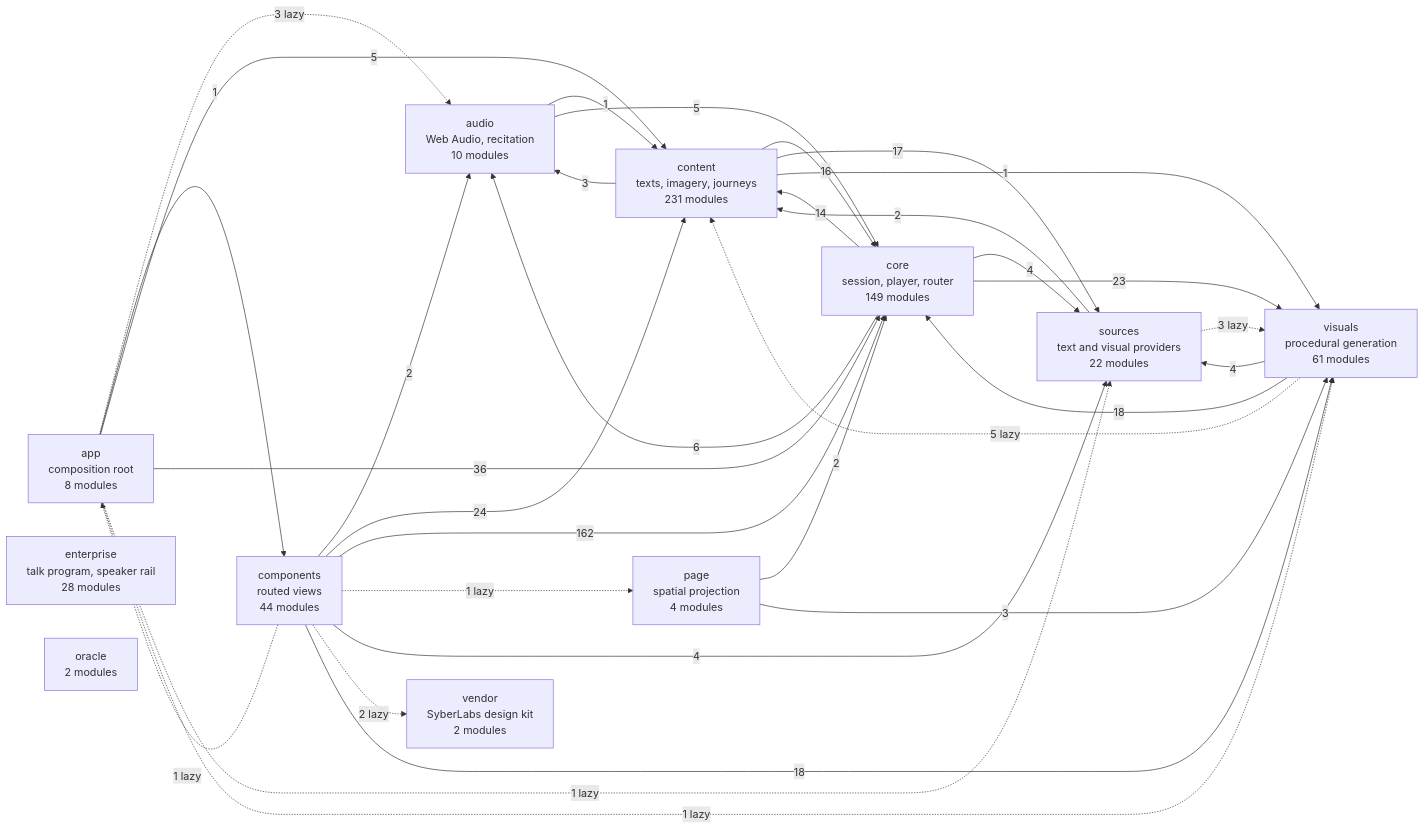
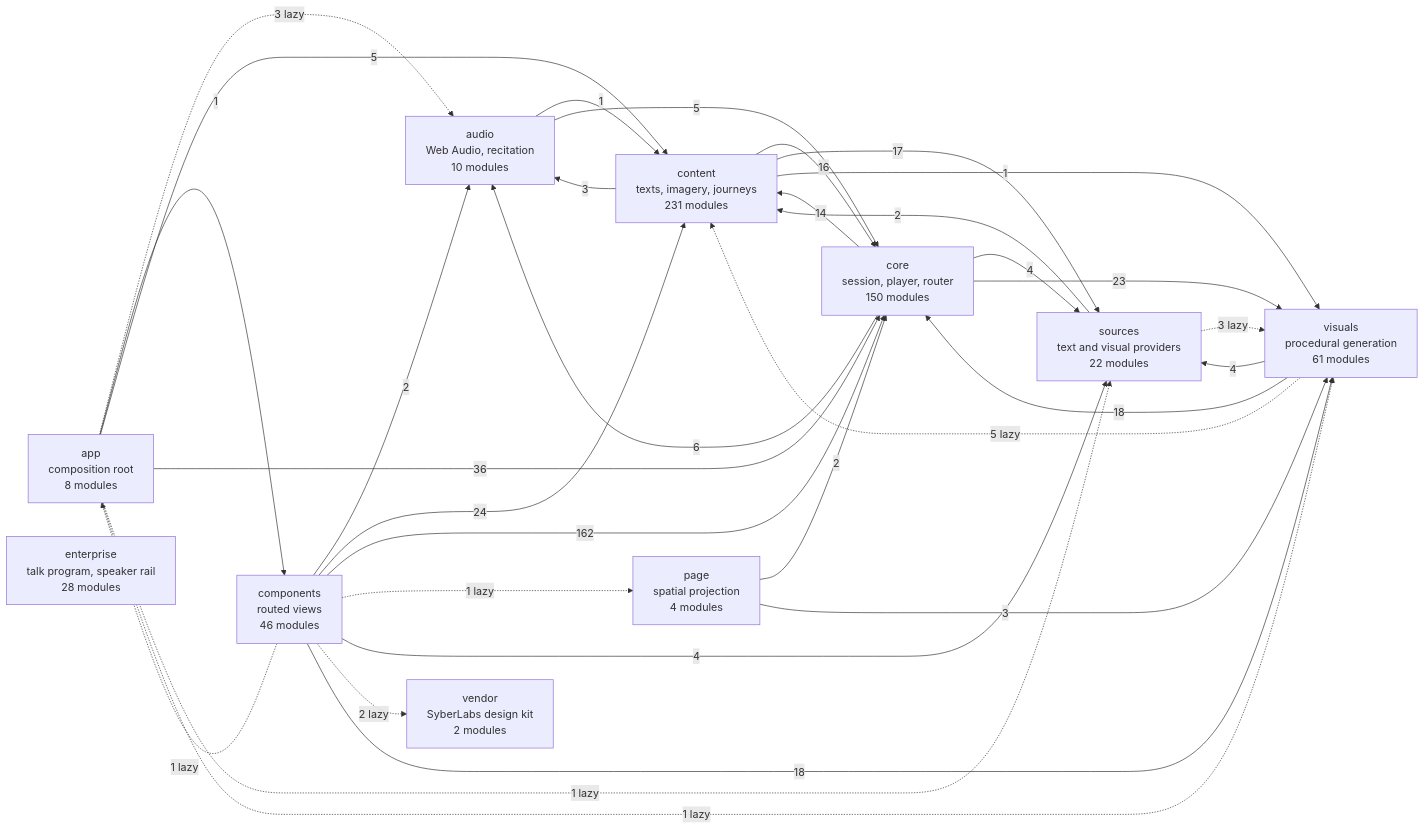
One commit to SyberLabs/RISE changed the diagram in docs/specs/ARCHITECTURE.md. Above: the diagram before and after it, drawn with Mermaid.

Commit message:
The diagram counts the Oracle inside components
The prototype subsystem is gone; the object and the roll are counted in
components and core.

````diff
--- a/docs/specs/ARCHITECTURE.md
+++ b/docs/specs/ARCHITECTURE.md
@@ -160,46 +160,45 @@
 ```mermaid
 flowchart LR
     app["app<br/>composition root<br/>8 modules"]
     audio["audio<br/>Web Audio, recitation<br/>10 modules"]
-    components["components<br/>routed views<br/>44 modules"]
+    components["components<br/>routed views<br/>46 modules"]
     content["content<br/>texts, imagery, journeys<br/>231 modules"]
-    core["core<br/>session, player, router<br/>149 modules"]
+    core["core<br/>session, player, router<br/>150 modules"]
     enterprise["enterprise<br/>talk program, speaker rail<br/>28 modules"]
-    oracle["oracle<br/>2 modules"]
     page["page<br/>spatial projection<br/>4 modules"]
     sources["sources<br/>text and visual providers<br/>22 modules"]
     vendor["vendor<br/>SyberLabs design kit<br/>2 modules"]
     visuals["visuals<br/>procedural generation<br/>61 modules"]
 
     app -.-> |3 lazy| audio
     app --> |1| components
     app --> |5| content
     app --> |36| core
     app -.-> |1 lazy| sources
     app -.-> |1 lazy| visuals
     audio --> |1| content
     audio --> |5| core
     components -.-> |1 lazy| app
     components --> |2| audio
     components --> |24| content
     components --> |162| core
     components -.-> |1 lazy| page
     components --> |4| sources
     components -.-> |2 lazy| vendor
     components --> |18| visuals
     content --> |3| audio
     content --> |16| core
     content --> |17| sources
     content --> |1| visuals
     core --> |6| audio
     core --> |14| content
     core --> |4| sources
     core --> |23| visuals
     page --> |2| core
     page --> |3| visuals
     sources --> |2| content
     sources -.-> |3 lazy| visuals
     visuals -.-> |5 lazy| content
     visuals --> |18| core
     visuals --> |4| sources
 ```
````
